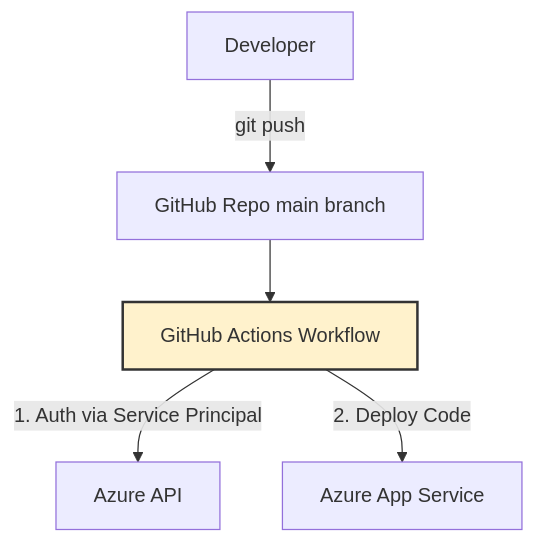
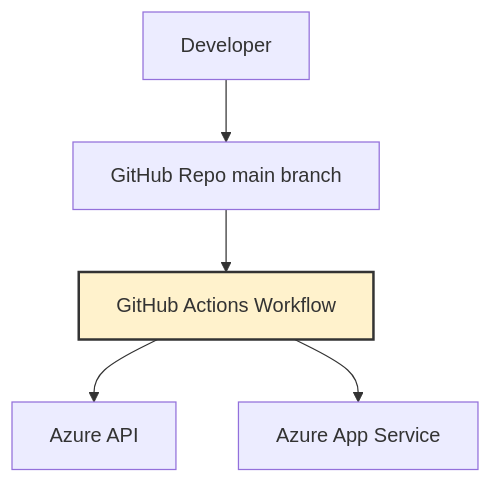
The second of 2 diagrams in README.md (grapitycreation/azure-secure-cicd-app), drawn with Mermaid before and after one commit.

````diff
--- a/README.md
+++ b/README.md
@@ -52,9 +52,9 @@
 ```mermaid
 graph TD
-    A[Developer] -->|git push| B[GitHub Repo main branch]
+    A[Developer] --> B[GitHub Repo main branch]
     B --> C[GitHub Actions Workflow]
-    C -->|1. Auth via Service Principal| D[Azure API]
-    C -->|2. Deploy Code| E[Azure App Service]
+    C --> D[Azure API]
+    C --> E[Azure App Service]
 
     style C fill:#fff2cc,stroke:#333,stroke-width:2px
 ```
````
